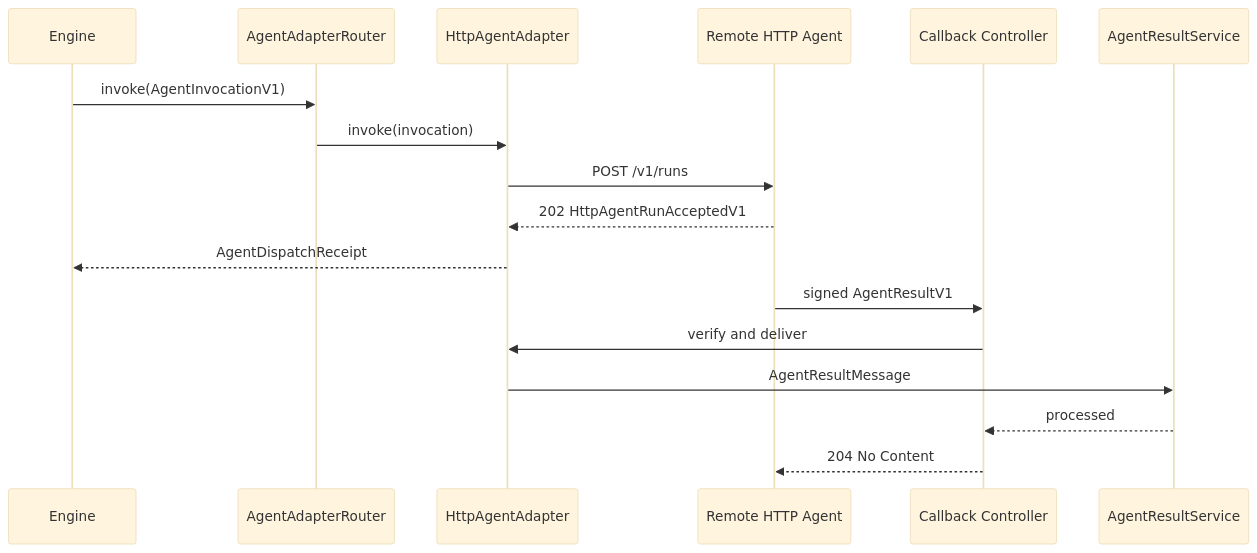
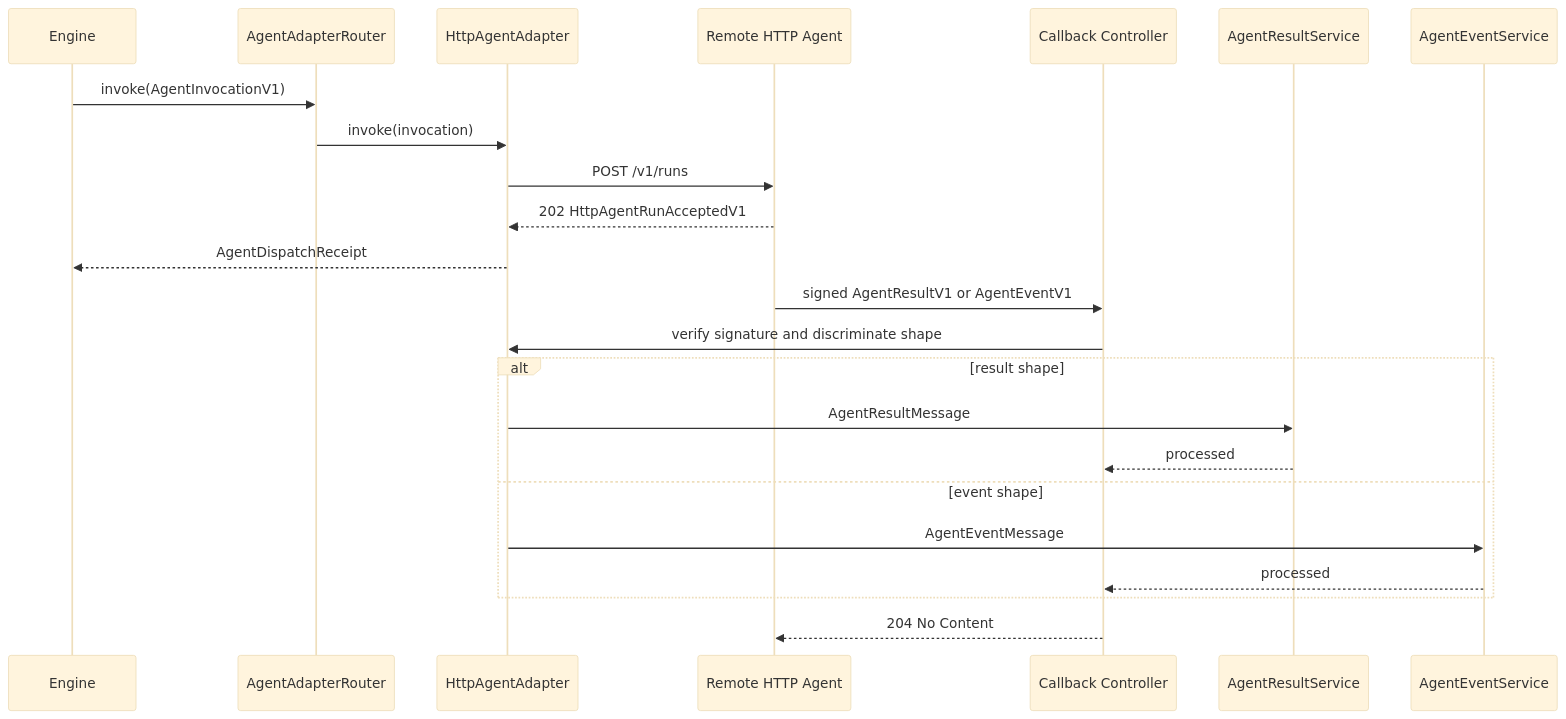
The diagram in docs/architecture/transports/http-agent-adapter-v1.md (longhang2004/Tenvyr), drawn with Mermaid (base theme) before and after one commit. The commit also changed other lines of this file and 9 other files, not shown here.

Commit message:
docs: update architecture, operations, and implementation status

````diff
--- a/docs/architecture/transports/http-agent-adapter-v1.md
+++ b/docs/architecture/transports/http-agent-adapter-v1.md
@@ -193,21 +208,27 @@
 ```mermaid
 sequenceDiagram
     participant Engine
     participant Router as AgentAdapterRouter
     participant HTTP as HttpAgentAdapter
     participant Remote as Remote HTTP Agent
     participant Callback as Callback Controller
     participant Result as AgentResultService
+    participant Events as AgentEventService
 
     Engine->>Router: invoke(AgentInvocationV1)
     Router->>HTTP: invoke(invocation)
     HTTP->>Remote: POST /v1/runs
     Remote-->>HTTP: 202 HttpAgentRunAcceptedV1
     HTTP-->>Engine: AgentDispatchReceipt
 
-    Remote->>Callback: signed AgentResultV1
-    Callback->>HTTP: verify and deliver
-    HTTP->>Result: AgentResultMessage
-    Result-->>Callback: processed
+    Remote->>Callback: signed AgentResultV1 or AgentEventV1
+    Callback->>HTTP: verify signature and discriminate shape
+    alt result shape
+        HTTP->>Result: AgentResultMessage
+        Result-->>Callback: processed
+    else event shape
+        HTTP->>Events: AgentEventMessage
+        Events-->>Callback: processed
+    end
     Callback-->>Remote: 204 No Content
 ```
````
